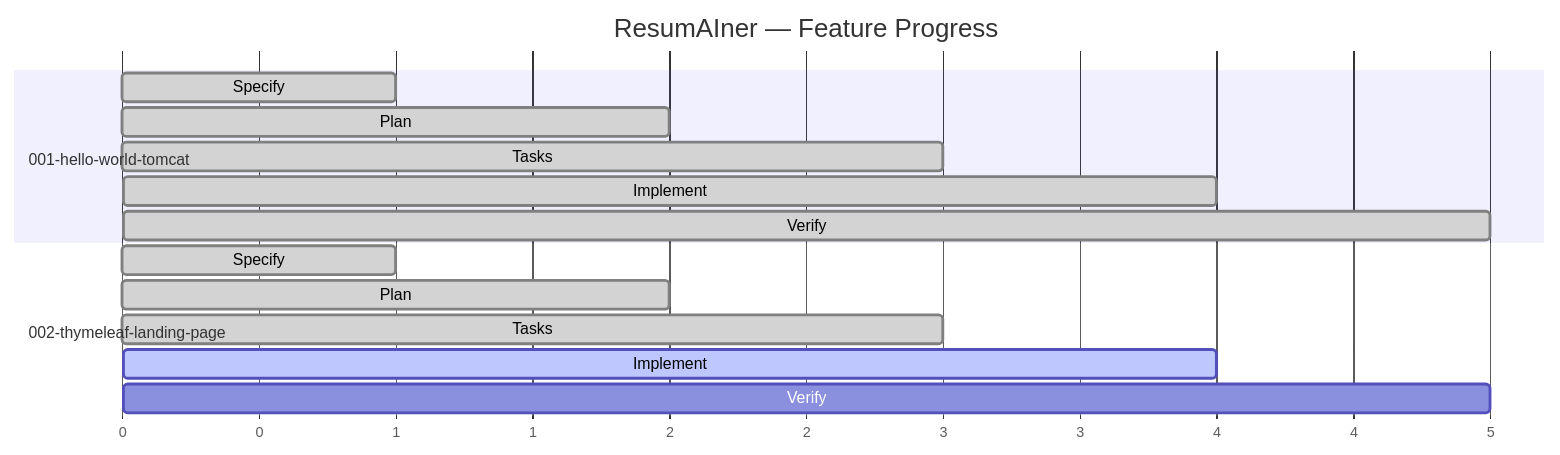
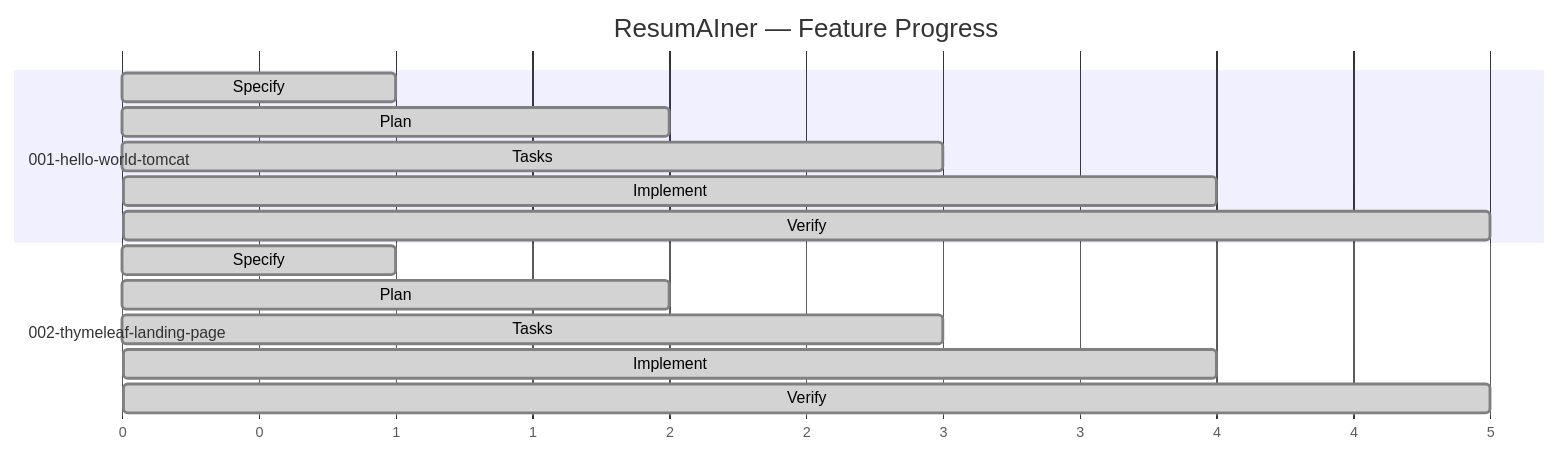
One commit to Anton-Ch/resumainer-java-vue-web-app changed the first of 4 diagrams in specs/status-dashboard.md. Above: the diagram before and after it, drawn with Mermaid. The commit also changed other lines of this file and 9 other files, not shown here.

````diff
--- a/specs/status-dashboard.md
+++ b/specs/status-dashboard.md
@@ -8,20 +8,20 @@
 ```mermaid
 gantt
     title ResumAIner — Feature Progress
     dateFormat X
     axisFormat %s
 
     section 001-hello-world-tomcat
     Specify :done, spec1, 0, 1
     Plan    :done, plan1, 1, 2
     Tasks   :done, tasks1, 2, 3
     Implement :done, impl1, 3, 4
     Verify  :done, veri1, 4, 5
 
     section 002-thymeleaf-landing-page
     Specify :done, spec2, 0, 1
     Plan    :done, plan2, 1, 2
     Tasks   :done, tasks2, 2, 3
-    Implement :active, impl2, 3, 4
-    Verify  :veri2, 4, 5
+    Implement :done, impl2, 3, 4
+    Verify  :done, veri2, 4, 5
 ```
````
